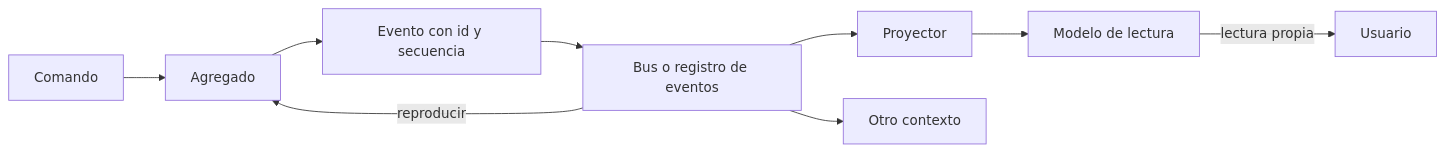
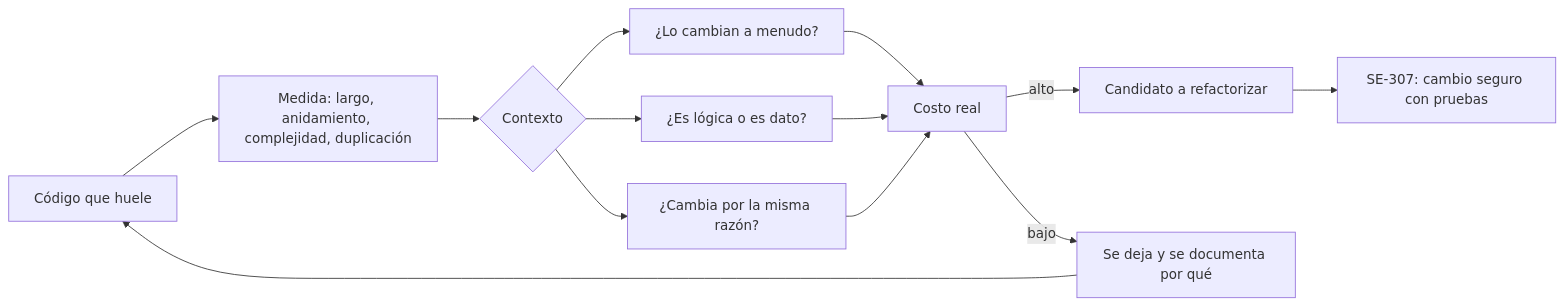
The diagram in content/part-25/SE-306.md (vladimiracunadev-create/modern-software-engineering-program), drawn with Mermaid before and after one commit. The commit also changed other lines of this file and 5193 other files, not shown here.

````diff
--- a/content/part-25/SE-306.md
+++ b/content/part-25/SE-306.md
@@ -55,11 +53,15 @@
 ```mermaid
 flowchart LR
-    C[Comando] --> A[Agregado]
-    A --> E[Evento con id y secuencia]
-    E --> B[Bus o registro de eventos]
-    B --> P[Proyector]
-    P --> R[Modelo de lectura]
-    B --> X[Otro contexto]
-    R -->|lectura propia| U[Usuario]
-    B -->|reproducir| A
+    A[Código que huele] --> B[Medida: largo, anidamiento, complejidad, duplicación]
+    B --> C{Contexto}
+    C --> D[¿Lo cambian a menudo?]
+    C --> E[¿Es lógica o es dato?]
+    C --> F[¿Cambia por la misma razón?]
+    D --> G[Costo real]
+    E --> G
+    F --> G
+    G -->|alto| H[Candidato a refactorizar]
+    G -->|bajo| I[Se deja y se documenta por qué]
+    H --> J[SE-307: cambio seguro con pruebas]
+    I --> A
 ```
````
